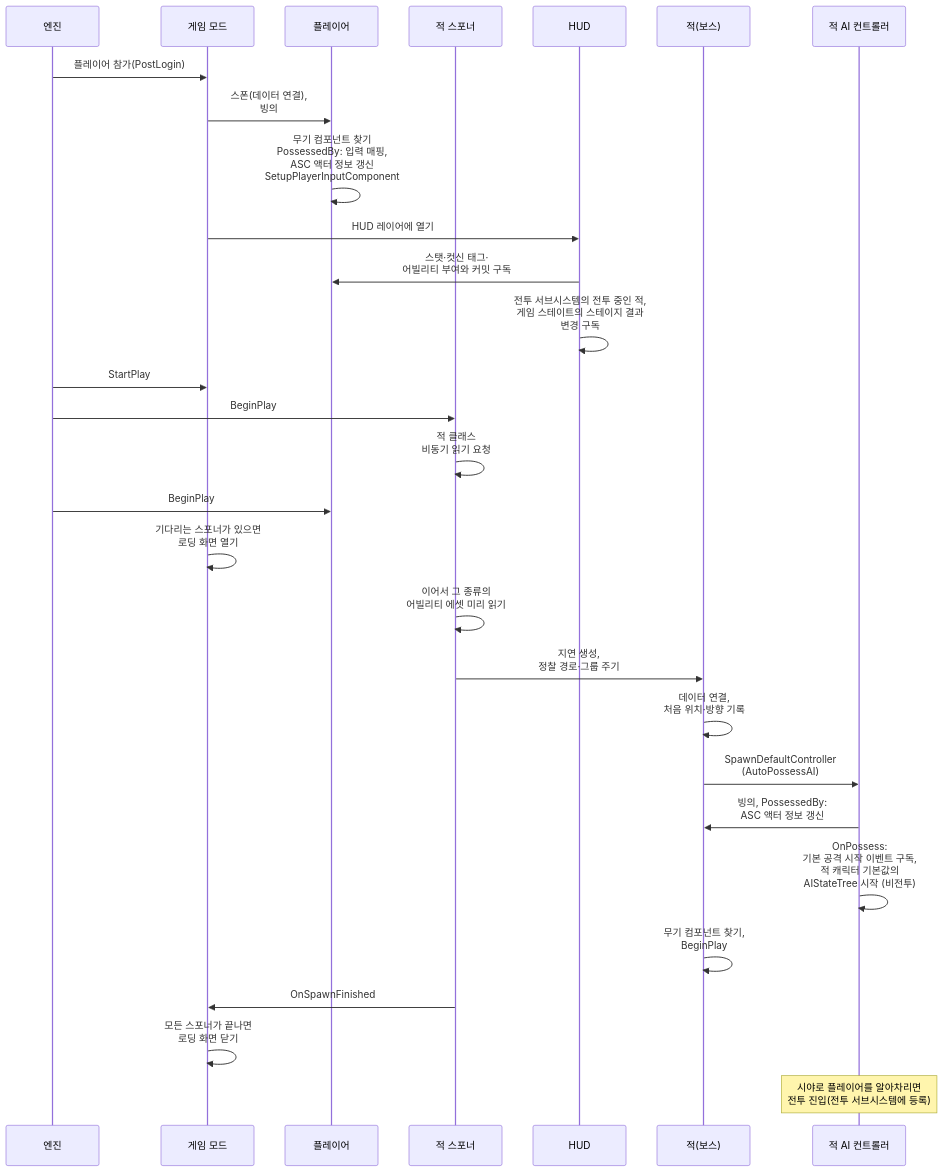
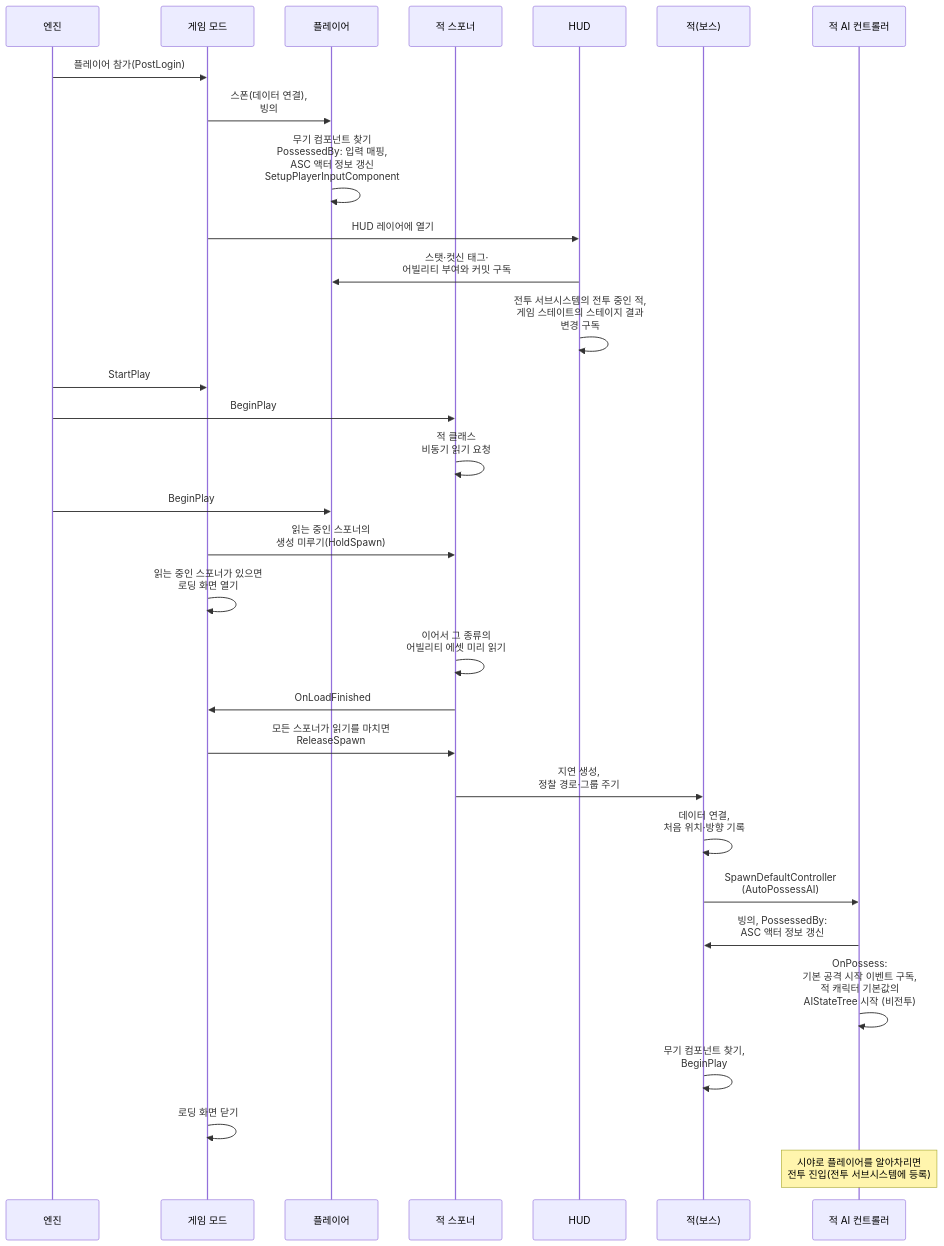
One commit to Woogl/Ag changed the fifth of 8 diagrams in Docs/Architecture/캐릭터 기반 구조와 GAS.md. Above: the diagram before and after it, drawn with Mermaid. The commit also changed other lines of this file and 6 other files, not shown here.

````diff
--- a/Docs/Architecture/캐릭터 기반 구조와 GAS.md
+++ b/Docs/Architecture/캐릭터 기반 구조와 GAS.md
@@ -303,31 +303,33 @@
 ```mermaid
 sequenceDiagram
     participant E as 엔진
     participant GM as 게임 모드
     participant P as 플레이어
     participant S as 적 스포너
     participant H as HUD
     participant B as 적(보스)
     participant AI as 적 AI 컨트롤러
     E->>GM: 플레이어 참가(PostLogin)
     GM->>P: 스폰(데이터 연결),<br>빙의
     P->>P: 무기 컴포넌트 찾기<br>PossessedBy: 입력 매핑,<br>ASC 액터 정보 갱신<br>SetupPlayerInputComponent
     GM->>H: HUD 레이어에 열기
     H->>P: 스탯·컷신 태그·<br>어빌리티 부여와 커밋 구독
     H->>H: 전투 서브시스템의 전투 중인 적,<br>게임 스테이트의 스테이지 결과<br>변경 구독
     E->>GM: StartPlay
     E->>S: BeginPlay
     S->>S: 적 클래스<br>비동기 읽기 요청
     E->>P: BeginPlay
-    GM->>GM: 기다리는 스포너가 있으면<br>로딩 화면 열기
+    GM->>S: 읽는 중인 스포너의<br>생성 미루기(HoldSpawn)
+    GM->>GM: 읽는 중인 스포너가 있으면<br>로딩 화면 열기
     S->>S: 이어서 그 종류의<br>어빌리티 에셋 미리 읽기
+    S->>GM: OnLoadFinished
+    GM->>S: 모든 스포너가 읽기를 마치면<br>ReleaseSpawn
     S->>B: 지연 생성,<br>정찰 경로·그룹 주기
     B->>B: 데이터 연결,<br>처음 위치·방향 기록
     B->>AI: SpawnDefaultController<br>(AutoPossessAI)
     AI->>B: 빙의, PossessedBy:<br>ASC 액터 정보 갱신
     AI->>AI: OnPossess:<br>기본 공격 시작 이벤트 구독,<br>적 캐릭터 기본값의<br>AIStateTree 시작 (비전투)
     B->>B: 무기 컴포넌트 찾기,<br>BeginPlay
-    S->>GM: OnSpawnFinished
-    GM->>GM: 모든 스포너가 끝나면<br>로딩 화면 닫기
+    GM->>GM: 로딩 화면 닫기
     Note over AI: 시야로 플레이어를 알아차리면<br>전투 진입(전투 서브시스템에 등록)
 ```
````
